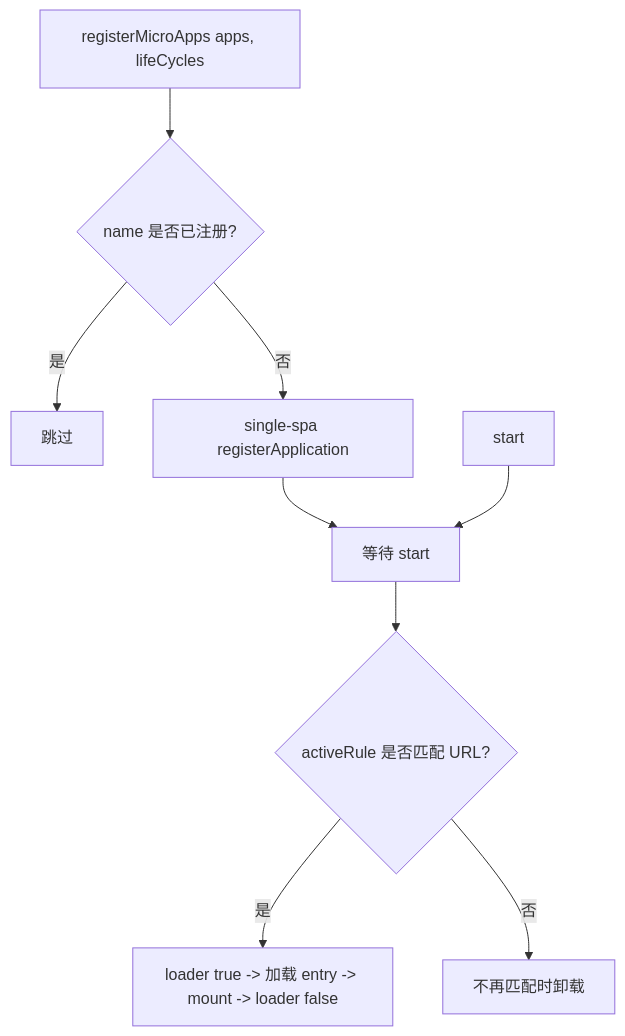
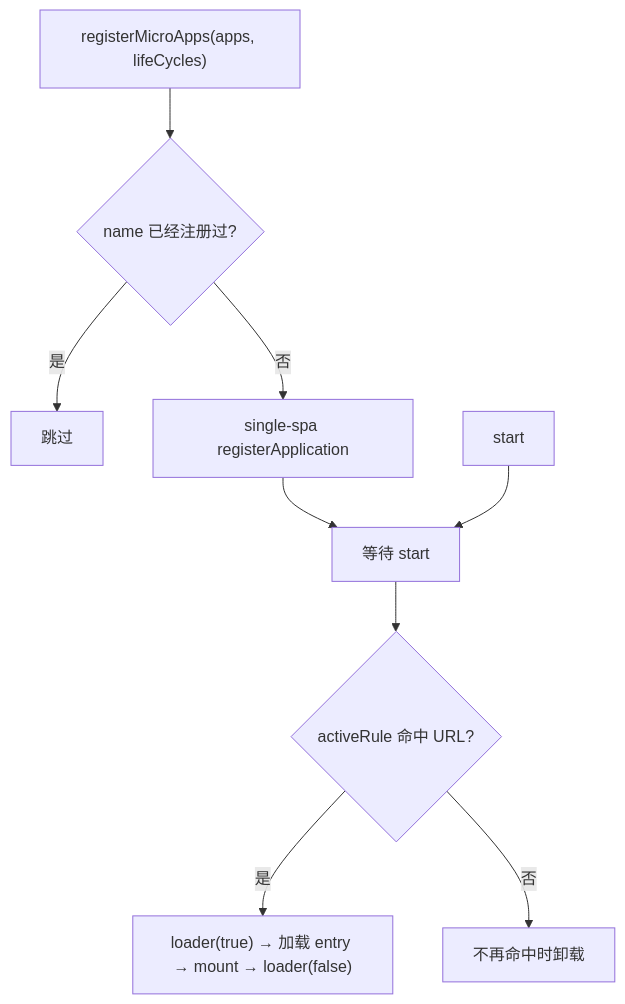
One commit to umijs/qiankun changed the diagram in docs/zh-CN/api/register-micro-apps.md. Above: the diagram before and after it, drawn with Mermaid. The commit also changed other lines of this file and 63 other files, not shown here.

````diff
--- a/docs/zh-CN/api/register-micro-apps.md
+++ b/docs/zh-CN/api/register-micro-apps.md
@@ -106,11 +106,11 @@
 ```mermaid
 flowchart TD
-  A[registerMicroApps apps, lifeCycles] --> B{name 是否已注册?}
-  B -- 是 --> C[跳过]
-  B -- 否 --> D[single-spa registerApplication]
-  D --> E[等待 start]
-  F[start] --> E
-  E --> G{activeRule 是否匹配 URL?}
-  G -- 是 --> H[loader true -> 加载 entry -> mount -> loader false]
-  G -- 否 --> I[不再匹配时卸载]
+  A["registerMicroApps(apps, lifeCycles)"] --> B{"name 已经注册过?"}
+  B -- 是 --> C["跳过"]
+  B -- 否 --> D["single-spa registerApplication"]
+  D --> E["等待 start"]
+  F["start"] --> E
+  E --> G{"activeRule 命中 URL?"}
+  G -- 是 --> H["loader(true) → 加载 entry → mount → loader(false)"]
+  G -- 否 --> I["不再命中时卸载"]
 ```
````
